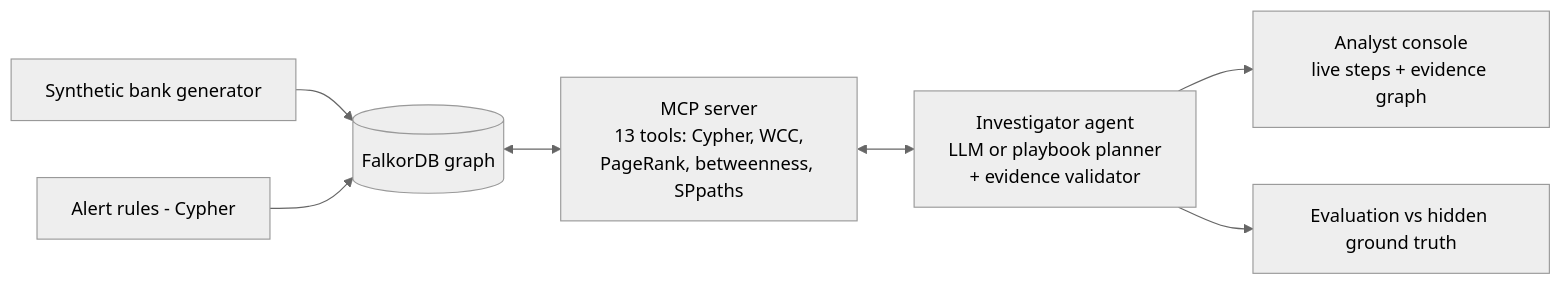
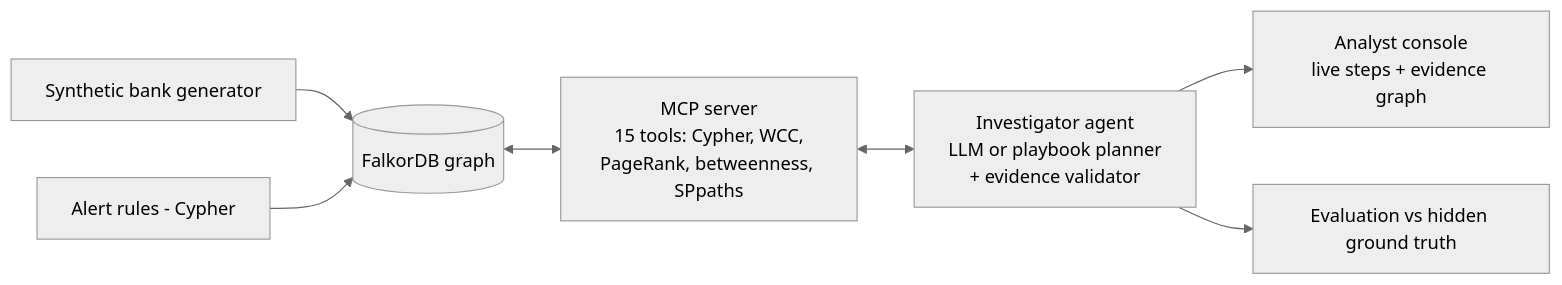
One commit to Vivek-122005/ringbreaker changed the diagram in README.md. Above: the diagram before and after it, drawn with Mermaid (neutral theme). The commit also changed other lines of this file and 12 other files, not shown here.

Commit message:
Add graph-stored policies, analyst reviews and bounded learning from feedback

````diff
--- a/README.md
+++ b/README.md
@@ -29,9 +29,9 @@
 ```mermaid
 flowchart LR
     G[Synthetic bank generator] --> DB[(FalkorDB graph)]
     R[Alert rules - Cypher] --> DB
-    DB <--> M[MCP server<br/>13 tools: Cypher, WCC,<br/>PageRank, betweenness, SPpaths]
+    DB <--> M[MCP server<br/>15 tools: Cypher, WCC,<br/>PageRank, betweenness, SPpaths]
     M <--> A[Investigator agent<br/>LLM or playbook planner<br/>+ evidence validator]
     A --> UI[Analyst console<br/>live steps + evidence graph]
     A --> E[Evaluation vs hidden ground truth]
 ```
````
